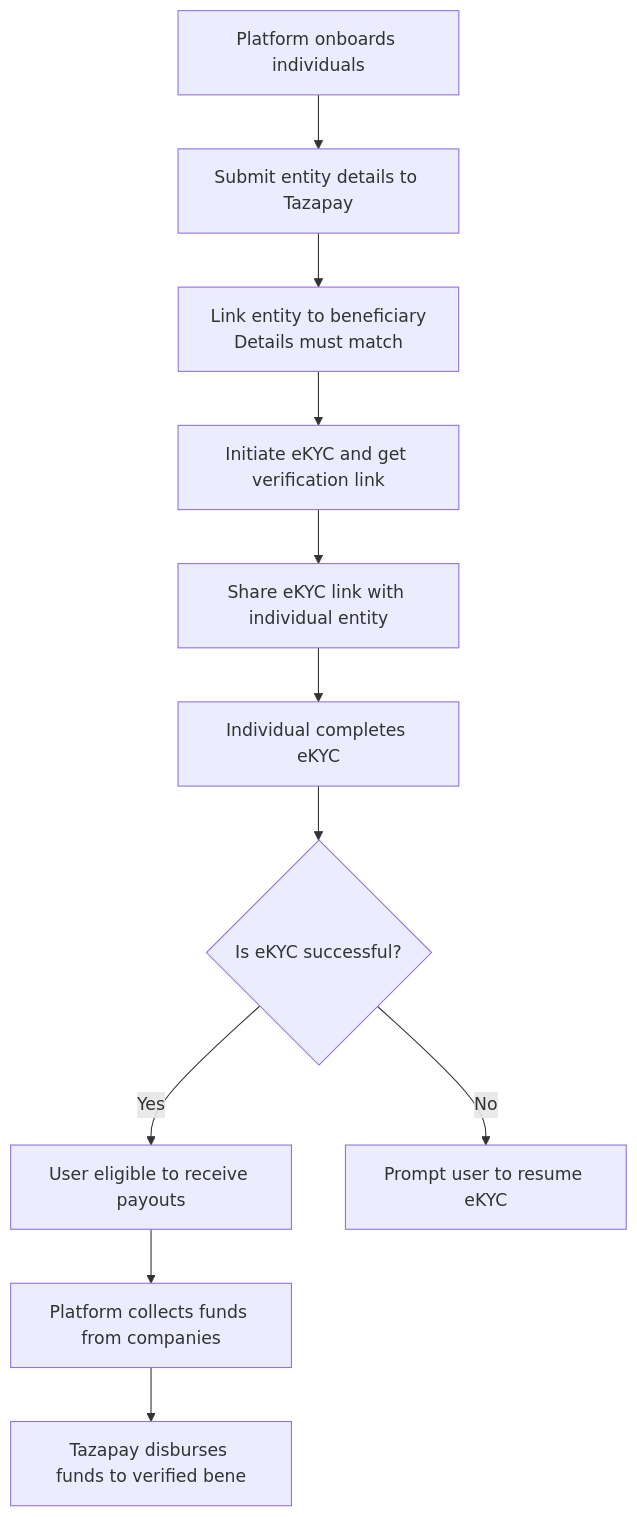
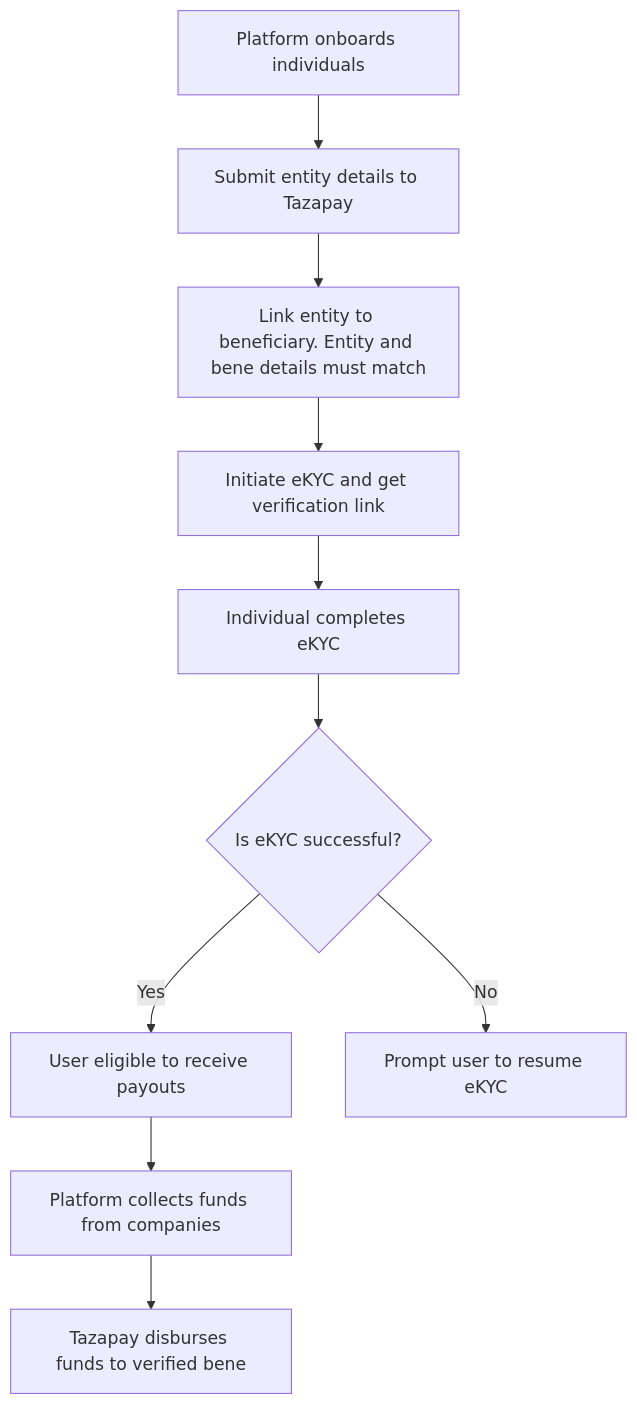
Before and after one commit to muskanTaza/Dash.Readme-docs: the diagram in docs/Platform : Fintech Guides/ekyc-individual-entities-coming-soon.md, drawn with Mermaid.

Commit message:
Update doc `ekyc-individual-entities-coming-soon`

````diff
--- a/docs/Platform : Fintech Guides/ekyc-individual-entities-coming-soon.md
+++ b/docs/Platform : Fintech Guides/ekyc-individual-entities-coming-soon.md
@@ -53,13 +53,12 @@
 ```mermaid
 flowchart TD
     A[Platform onboards individuals] --> B[Submit entity details to Tazapay]
-    B --> C[Link entity to beneficiary\nDetails must match]
+    B --> C[Link entity to beneficiary. Entity and bene details must match]
     C --> D[Initiate eKYC and get verification link]
-    D --> E[Share eKYC link with individual entity]
-    E --> F[Individual completes eKYC]
-    F --> G{Is eKYC successful?}
-    G -- Yes --> H[User eligible to receive payouts]
-    H --> I[Platform collects funds from companies]
-    I --> J[Tazapay disburses funds to verified bene]
-    G -- No --> K[Prompt user to resume eKYC]
+    D --> E[Individual completes eKYC]
+    E --> F{Is eKYC successful?}
+    F -- Yes --> G[User eligible to receive payouts]
+    G --> H[Platform collects funds from companies]
+    H --> I[Tazapay disburses funds to verified bene]
+    F -- No --> J[Prompt user to resume eKYC]
 ```
````
